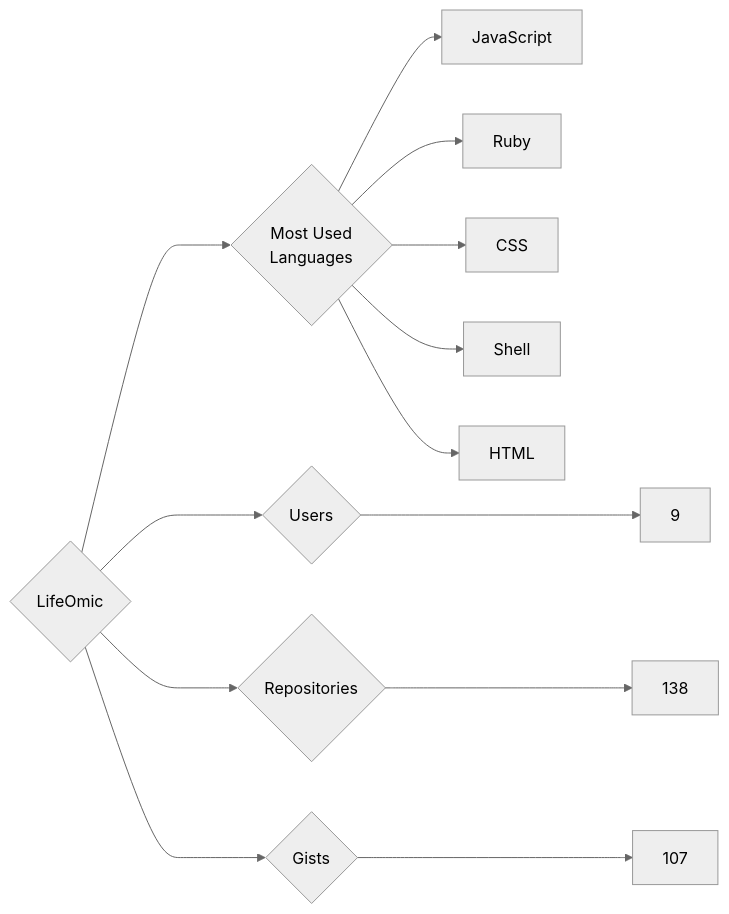
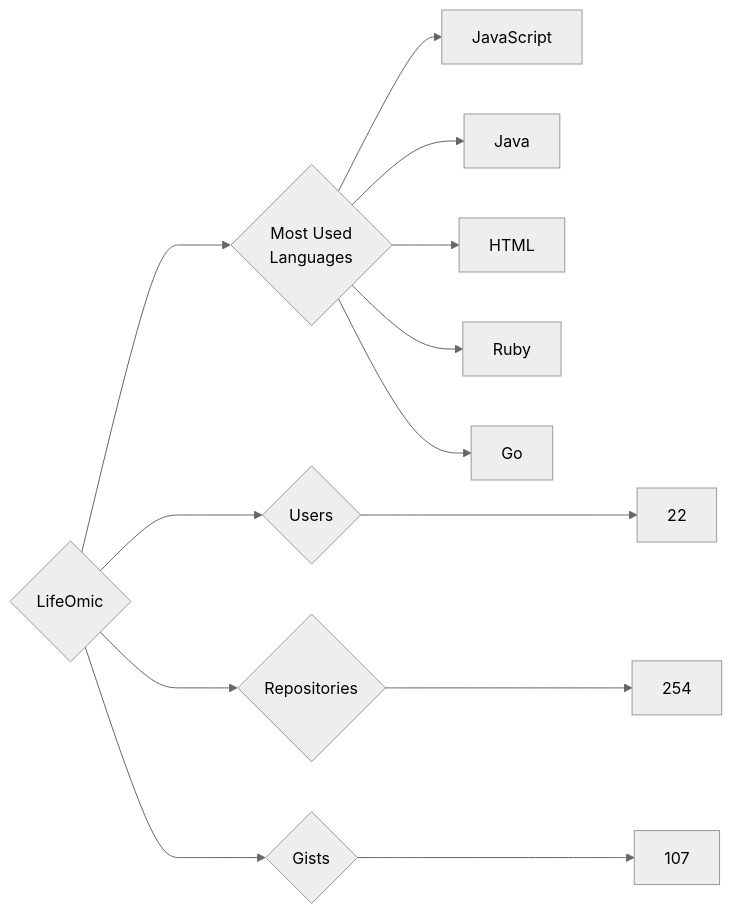
The diagram in targets/LifeOmic/README.md (trickest/insiders), drawn with Mermaid (neutral theme) before and after one commit. The commit also changed 900 other files, not shown here.

````diff
--- a/targets/LifeOmic/README.md
+++ b/targets/LifeOmic/README.md
@@ -3,13 +3,13 @@
 ```mermaid
 graph LR
 COMPANY_NAME{LifeOmic}
-COMPANY_NAME ---> U{Users} ---> UN[9]
-COMPANY_NAME ---> R{Repositories} ---> RN[138]
+COMPANY_NAME ---> U{Users} ---> UN[22]
+COMPANY_NAME ---> R{Repositories} ---> RN[254]
 COMPANY_NAME ---> G{Gists} ---> GN[107]
 COMPANY_NAME ---> ML{Most Used<br>Languages}
 ML --> JavaScript[JavaScript]
+ML --> Java[Java]
+ML --> HTML[HTML]
 ML --> Ruby[Ruby]
-ML --> CSS[CSS]
-ML --> Shell[Shell]
-ML --> HTML[HTML]
+ML --> Go[Go]
 ```
````
